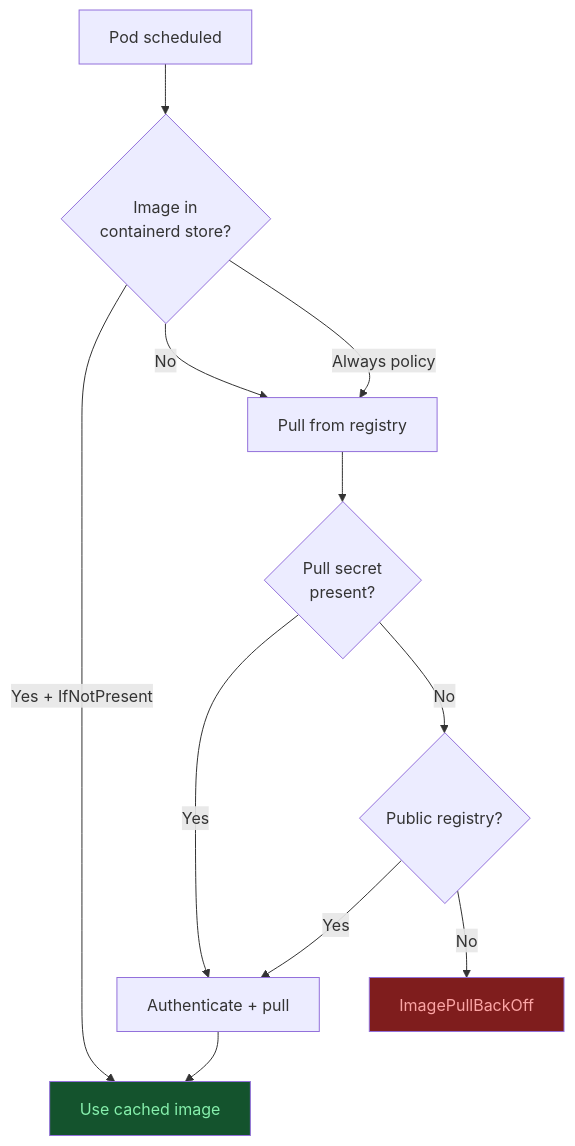
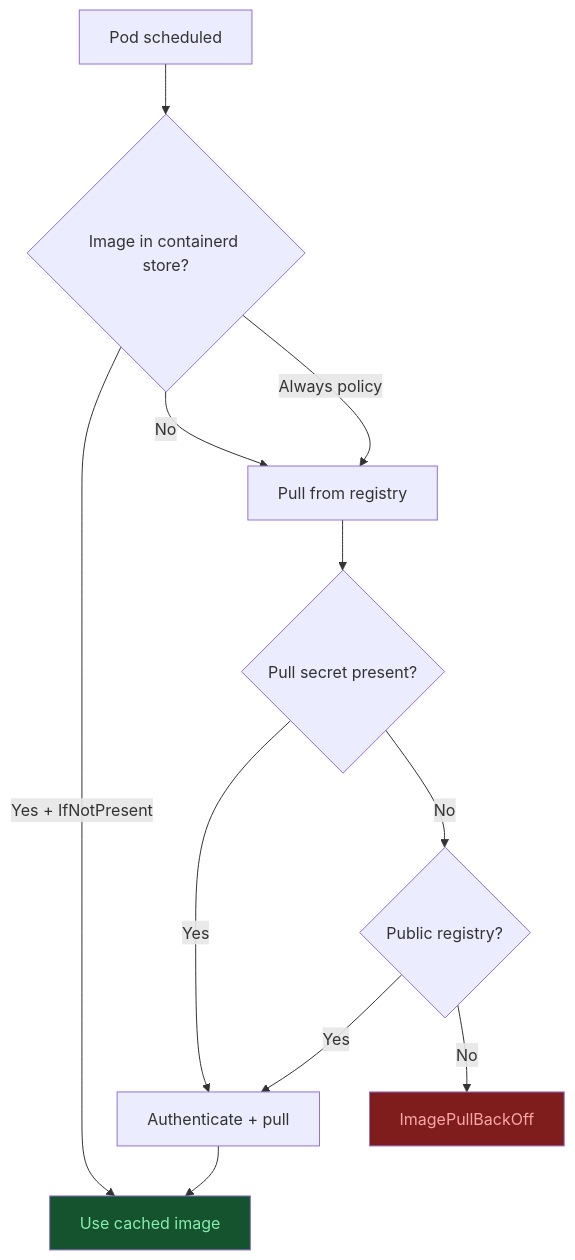
The second of 6 diagrams in 17_docker_to_k3s/03_images_and_registries.md (UncleJS/course_k3s), drawn with Mermaid before and after one commit. The commit also changed other lines of this file and 57 other files, not shown here.

````diff
--- a/17_docker_to_k3s/03_images_and_registries.md
+++ b/17_docker_to_k3s/03_images_and_registries.md
@@ -65,15 +65,15 @@
 ```mermaid
 flowchart TD
-    A[Pod scheduled] --> B{Image in\ncontainerd store?}
+    A[Pod scheduled] --> B{Image in containerd store?}
     B -->|Yes + IfNotPresent| C[Use cached image]
     B -->|No| D[Pull from registry]
     B -->|Always policy| D
-    D --> E{Pull secret\npresent?}
+    D --> E{Pull secret present?}
     E -->|Yes| F[Authenticate + pull]
     E -->|No| G{Public registry?}
     G -->|Yes| F
     G -->|No| H[ImagePullBackOff]
     F --> C
     style H fill:#7f1d1d,color:#fca5a5
     style C fill:#14532d,color:#86efac
 ```
````
